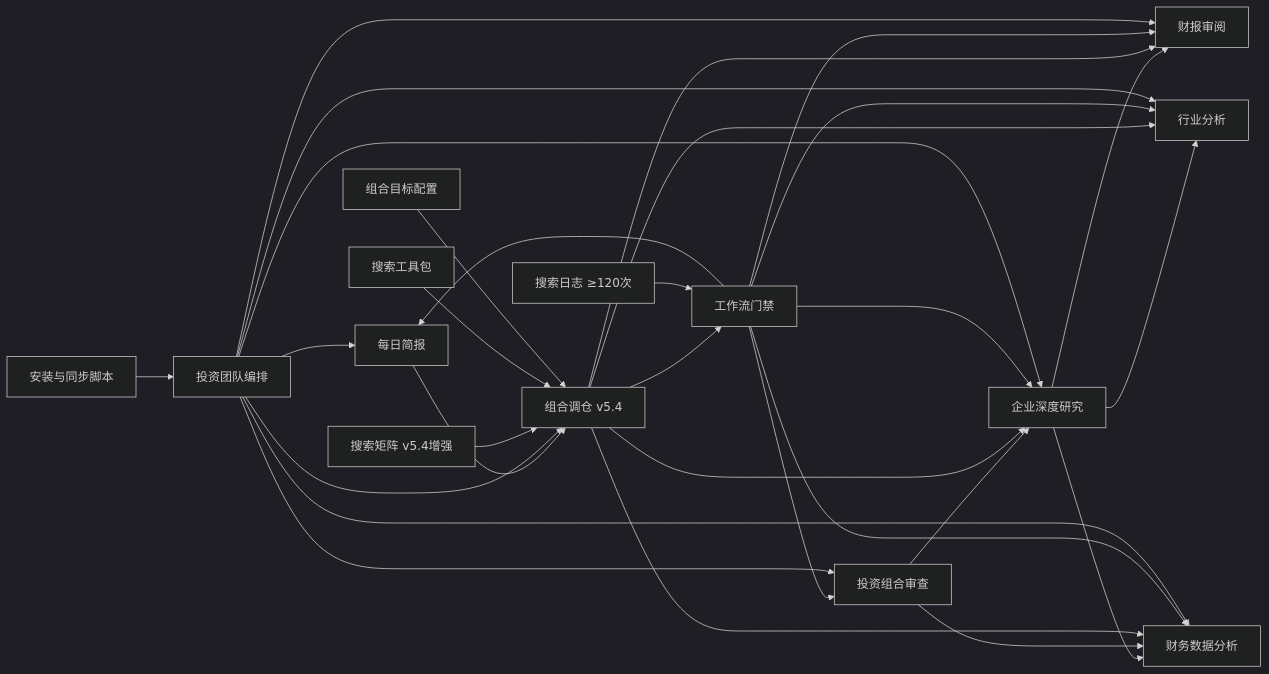
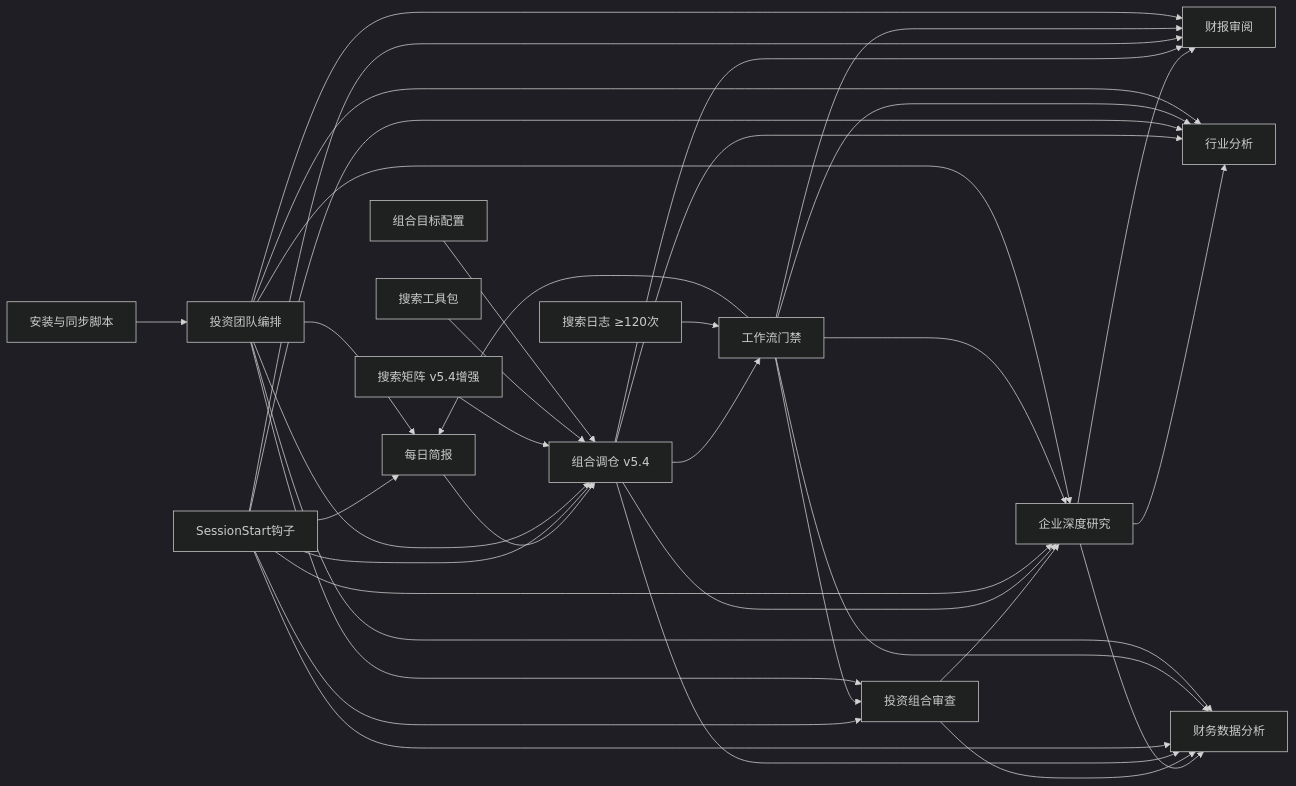
One commit to Ted-Engineer/ai-berkshire changed the fourth of 4 diagrams in .qoder/repowiki/zh/content/AI技能系统/核心投资研究技能/核心投资研究技能.md. Above: the diagram before and after it, drawn with Mermaid (dark theme). The commit also changed other lines of this file and 16 other files, not shown here.

````diff
--- a/.qoder/repowiki/zh/content/AI技能系统/核心投资研究技能/核心投资研究技能.md
+++ b/.qoder/repowiki/zh/content/AI技能系统/核心投资研究技能/核心投资研究技能.md
@@ -703,32 +755,39 @@
 ```mermaid
 graph LR
 IR["企业深度研究"] --> ER["财报审阅"]
 IR --> IRR["行业分析"]
 IR --> FD["财务数据分析"]
 PR["投资组合审查"] --> IR
 PR --> FD
 DB["每日简报"] --> PB["组合调仓 v5.4"]
 PB --> IR
 PB --> ER
 PB --> IRR
 PB --> FD
 PB --> WG["工作流门禁"]
+SH["SessionStart钩子"] --> PB
+SH --> IR
+SH --> ER
+SH --> IRR
+SH --> PR
+SH --> FD
+SH --> DB
 WG --> IR
 WG --> ER
 WG --> IRR
 WG --> PR
 WG --> FD
 WG --> DB
 IT["投资团队编排"] --> IR
 IT --> ER
 IT --> IRR
 IT --> PR
 IT --> FD
 IT --> DB
 IT --> PB
 SYNC["安装与同步脚本"] --> IT
 SM["搜索矩阵 v5.4增强"] --> PB
 ST["搜索工具包"] --> PB
 SL["搜索日志 ≥120次"] --> WG
 PT["组合目标配置"] --> PB
 ```
````
